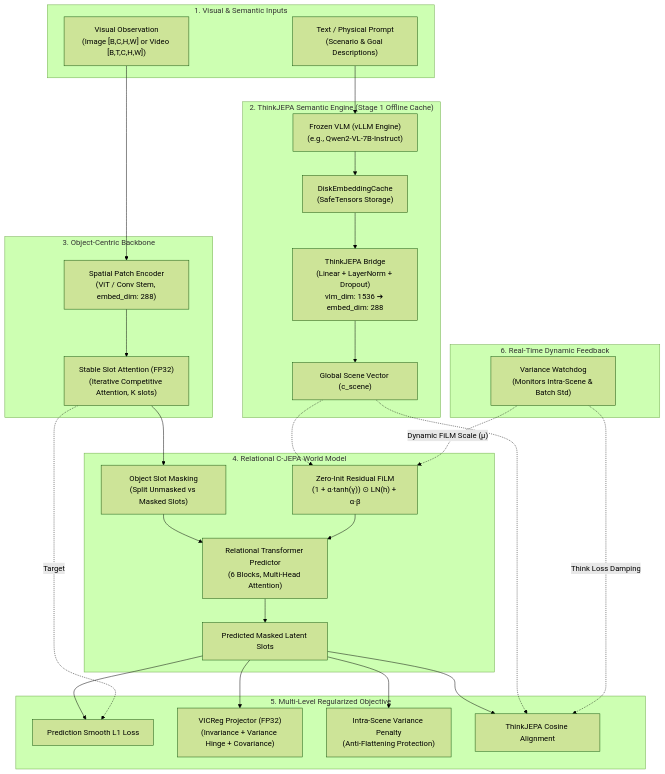
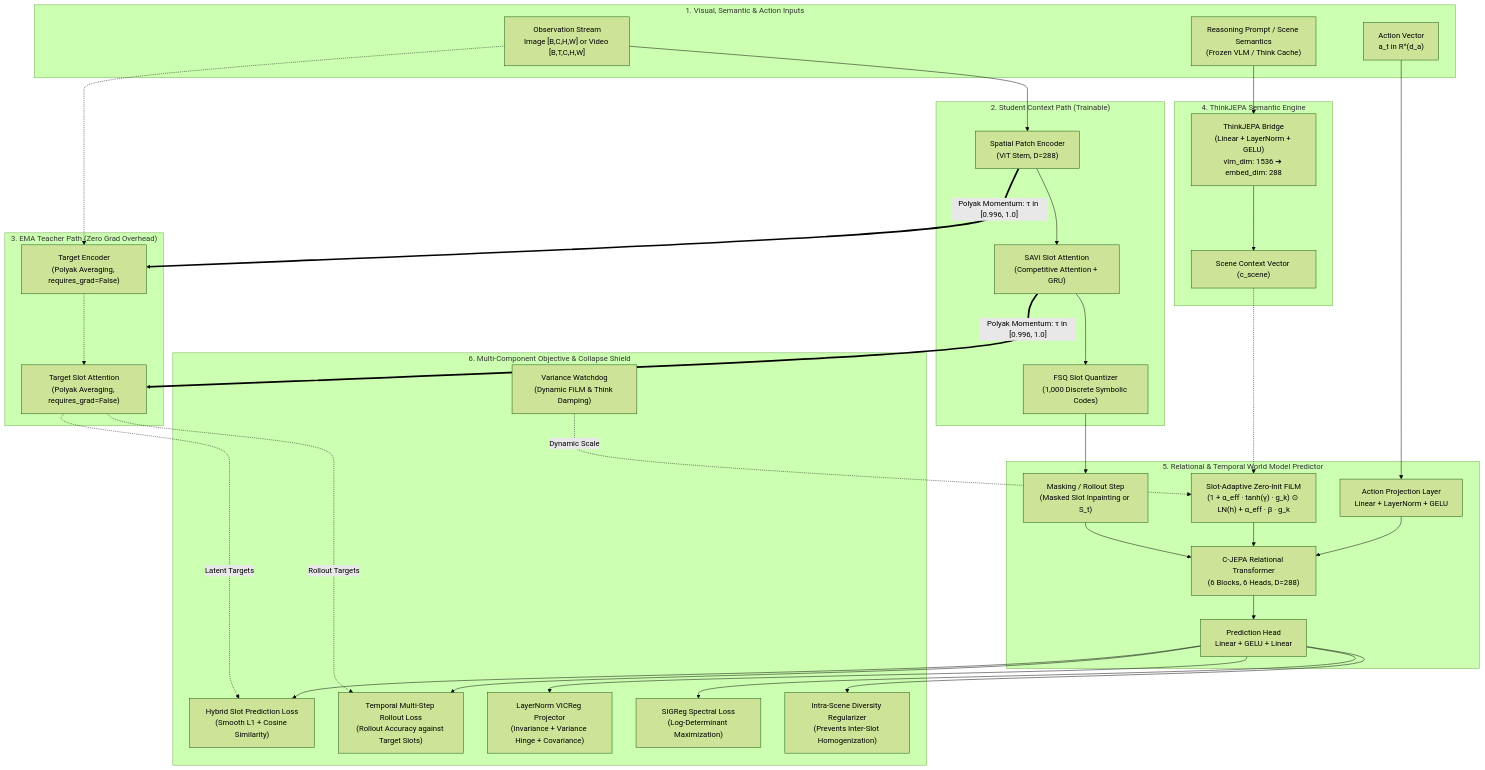
The first of 2 diagrams in README.md (johnknevescarrijo/Noema-JEPAv1), drawn with Mermaid (forest theme) before and after one commit. The commit also changed other lines of this file, not shown here.

Commit message:
docs: modernize README for Noema-JEPA v2 and format MathJax equations

````diff
--- a/README.md
+++ b/README.md
@@ -33,60 +38,70 @@
 ```mermaid
 flowchart TD
-    subgraph INPUT ["1. Visual & Semantic Inputs"]
-        X["Visual Observation<br/>(Image [B,C,H,W] or Video [B,T,C,H,W])"]
-        T["Text / Physical Prompt<br/>(Scenario & Goal Descriptions)"]
+    subgraph INPUT ["1. Visual, Semantic & Action Inputs"]
+        X["Observation Stream<br/>Image [B,C,H,W] or Video [B,T,C,H,W]"]
+        VLM_IN["Reasoning Prompt / Scene Semantics<br/>(Frozen VLM / Think Cache)"]
+        ACT["Action Vector<br/>a_t in R^(d_a)"]
     end
 
-    subgraph THINK ["2. ThinkJEPA Semantic Engine (Stage 1 Offline Cache)"]
-        VLM["Frozen VLM (vLLM Engine)<br/>(e.g., Qwen2-VL-7B-Instruct)"]
-        Disk["DiskEmbeddingCache<br/>(SafeTensors Storage)"]
-        Bridge["ThinkJEPA Bridge<br/>(Linear + LayerNorm + Dropout)<br/>vlm_dim: 1536 ➔ embed_dim: 288"]
-        C_SCENE["Global Scene Vector (c_scene)"]
+    subgraph STUDENT ["2. Student Context Path (Trainable)"]
+        SPE_S["Spatial Patch Encoder<br/>(ViT Stem, D=288)"]
+        SLOT_S["SAVi Slot Attention<br/>(Competitive Attention + GRU)"]
+        FSQ["FSQ Slot Quantizer<br/>(1,000 Discrete Symbolic Codes)"]
         
-        T --> VLM
-        VLM --> Disk
-        Disk --> Bridge
-        Bridge --> C_SCENE
+        X --> SPE_S
+        SPE_S --> SLOT_S
+        SLOT_S --> FSQ
     end
 
-    subgraph ENCODER ["3. Object-Centric Backbone"]
-        Patch["Spatial Patch Encoder<br/>(ViT / Conv Stem, embed_dim: 288)"]
-        Slot["Stable Slot Attention (FP32)<br/>(Iterative Competitive Attention, K slots)"]
+    subgraph TEACHER ["3. EMA Teacher Path (Zero Grad Overhead)"]
+        SPE_T["Target Encoder<br/>(Polyak Averaging, requires_grad=False)"]
+        SLOT_T["Target Slot Attention<br/>(Polyak Averaging, requires_grad=False)"]
         
-        X --> Patch
-        Patch --> Slot
+        X -.-> SPE_T
+        SPE_T -.-> SLOT_T
+        SPE_S == "Polyak Momentum: τ in [0.996, 1.0]" ==> SPE_T
+        SLOT_S == "Polyak Momentum: τ in [0.996, 1.0]" ==> SLOT_T
     end
 
-    subgraph PREDICTOR ["4. Relational C-JEPA World Model"]
-        Mask["Object Slot Masking<br/>(Split Unmasked vs Masked Slots)"]
-        Transformer["Relational Transformer Predictor<br/>(6 Blocks, Multi-Head Attention)"]
-        FiLM["Zero-Init Residual FiLM<br/>(1 + α·tanh(γ)) ⊙ LN(h) + α·β"]
-        PredSlots["Predicted Masked Latent Slots"]
-
-        Slot --> Mask
-        Mask --> Transformer
-        C_SCENE -.-> FiLM
-        FiLM --> Transformer
-        Transformer --> PredSlots
+    subgraph BRIDGE ["4. ThinkJEPA Semantic Engine"]
+        BRIDGE_MOD["ThinkJEPA Bridge<br/>(Linear + LayerNorm + GELU)<br/>vlm_dim: 1536 ➔ embed_dim: 288"]
+        C_SCENE["Scene Context Vector (c_scene)"]
+        
+        VLM_IN --> BRIDGE_MOD
+        BRIDGE_MOD --> C_SCENE
     end
 
-    subgraph LOSSES ["5. Multi-Level Regularized Objective"]
-        L_Pred["Prediction Smooth L1 Loss"]
-        VICReg["VICReg Projector (FP32)<br/>(Invariance + Variance Hinge + Covariance)"]
-        L_Intra["Intra-Scene Variance Penalty<br/>(Anti-Flattening Protection)"]
-        L_Think["ThinkJEPA Cosine Alignment"]
+    subgraph PREDICTOR ["5. Relational & Temporal World Model Predictor"]
+        MASK["Masking / Rollout Step<br/>(Masked Slot Inpainting or S_t)"]
+        REL_TRANS["C-JEPA Relational Transformer<br/>(6 Blocks, 6 Heads, D=288)"]
+        FILM["Slot-Adaptive Zero-Init FiLM<br/>(1 + α_eff · tanh(γ) · g_k) ⊙ LN(h) + α_eff · β · g_k"]
+        ACT_PROJ["Action Projection Layer<br/>Linear + LayerNorm + GELU"]
+        PRED_HEAD["Prediction Head<br/>Linear + GELU + Linear"]
         
-        PredSlots --> L_Pred
-        Slot -. Target .-> L_Pred
-        PredSlots --> VICReg
-        PredSlots --> L_Intra
-        PredSlots --> L_Think
-        C_SCENE -.-> L_Think
+        FSQ --> MASK
+        ACT --> ACT_PROJ
+        ACT_PROJ --> REL_TRANS
+        C_SCENE -.-> FILM
+        FILM --> REL_TRANS
+        MASK --> REL_TRANS
+        REL_TRANS --> PRED_HEAD
     end
 
-    subgraph WATCHDOG ["6. Real-Time Dynamic Feedback"]
-        VD["Variance Watchdog<br/>(Monitors Intra-Scene & Batch Std)"]
-        VD -.->|"Dynamic FiLM Scale (μ)"| FiLM
-        VD -.->|"Think Loss Damping"| L_Think
+    subgraph REGULARIZATION ["6. Multi-Component Objective & Collapse Shield"]
+        L_PRED["Hybrid Slot Prediction Loss<br/>(Smooth L1 + Cosine Similarity)"]
+        L_TEMP["Temporal Multi-Step Rollout Loss<br/>(Rollout Accuracy against Target Slots)"]
+        VICREG["LayerNorm VICReg Projector<br/>(Invariance + Variance Hinge + Covariance)"]
+        SIGREG["SIGReg Spectral Loss<br/>(Log-Determinant Maximization)"]
+        L_INTRA["Intra-Scene Diversity Regularizer<br/>(Prevents Inter-Slot Homogenization)"]
+        WATCHDOG["Variance Watchdog<br/>(Dynamic FiLM & Think Damping)"]
+
+        PRED_HEAD --> L_PRED
+        PRED_HEAD --> L_TEMP
+        SLOT_T -. Latent Targets .-> L_PRED
+        SLOT_T -. Rollout Targets .-> L_TEMP
+        PRED_HEAD --> VICREG
+        PRED_HEAD --> SIGREG
+        PRED_HEAD --> L_INTRA
+        WATCHDOG -. Dynamic Scale .-> FILM
     end
 ```
````
